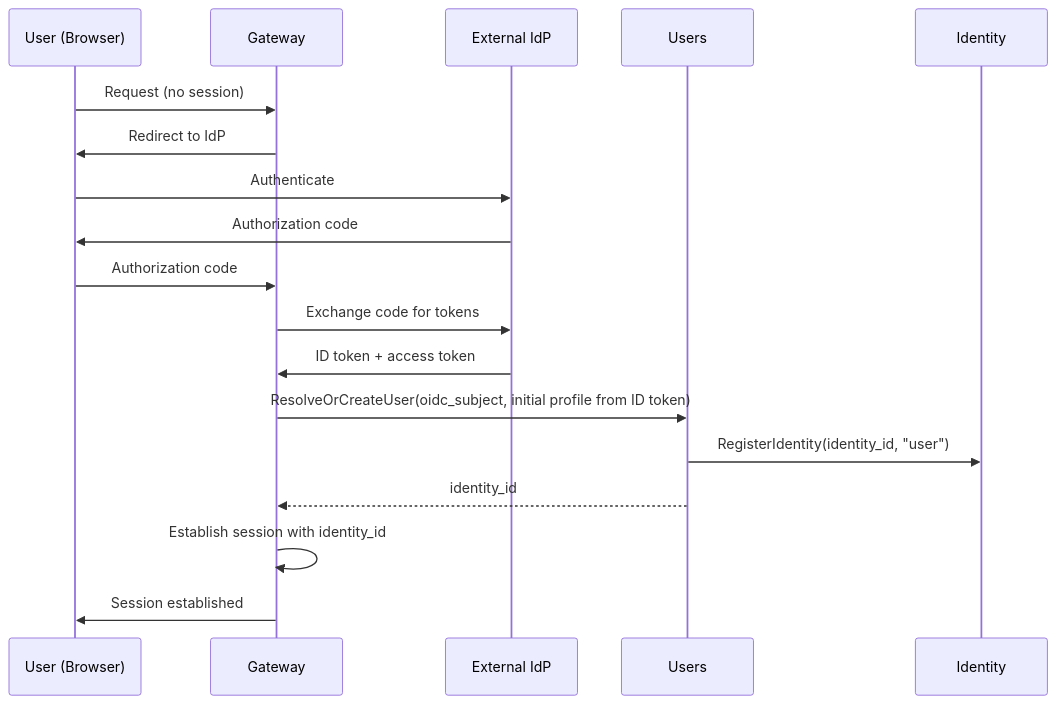
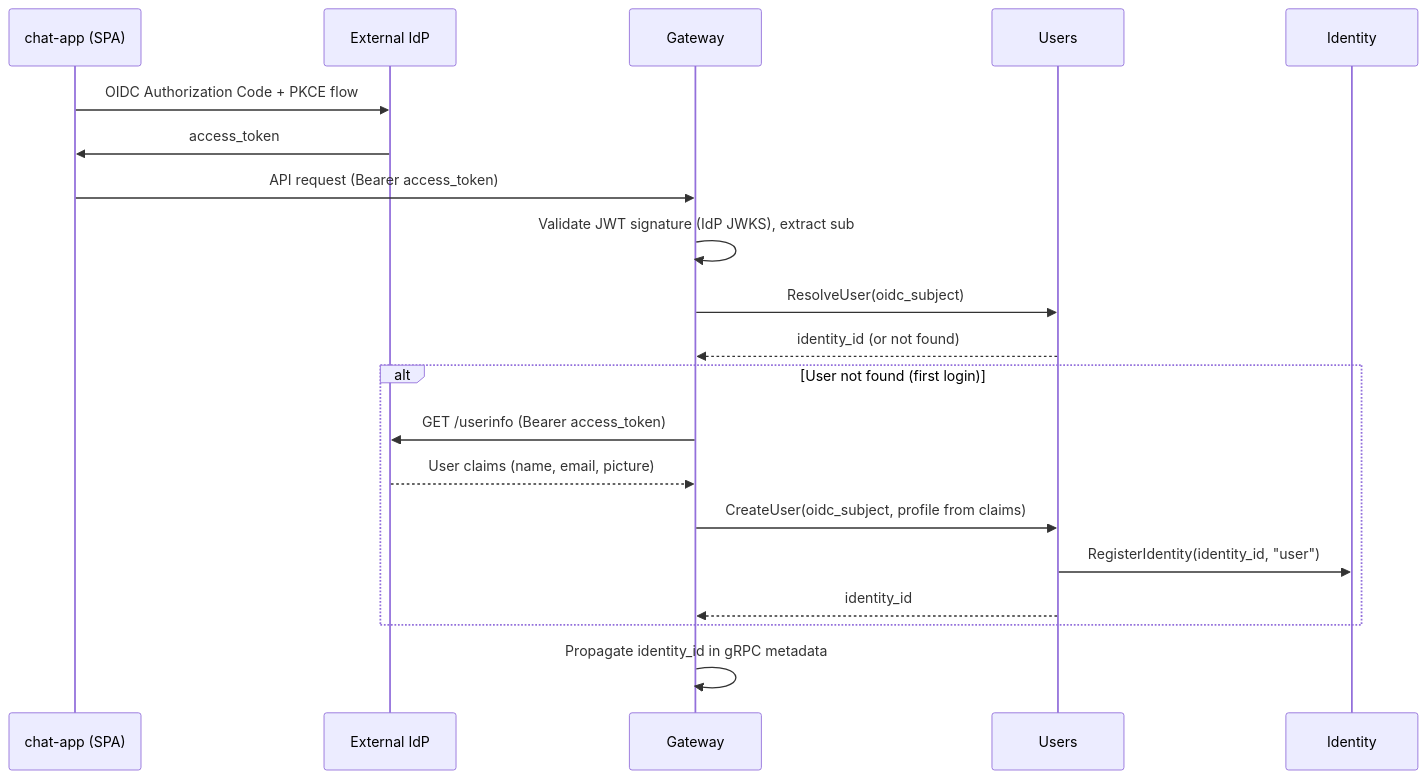
One commit to agynio/architecture changed the diagram in architecture/users.md. Above: the diagram before and after it, drawn with Mermaid. The commit also changed other lines of this file and 3 other files, not shown here.

First line of the commit message:
fix: correct OIDC auth flow — SPA PKCE, stateless Gateway, split ResolveUser/CreateUser

````diff
--- a/architecture/users.md
+++ b/architecture/users.md
@@ -34,21 +44,23 @@
 ```mermaid
 sequenceDiagram
-    participant U as User (Browser)
+    participant App as chat-app (SPA)
+    participant IdP as External IdP
     participant GW as Gateway
-    participant IdP as External IdP
     participant US as Users
     participant IS as Identity
 
-    U->>GW: Request (no session)
-    GW->>U: Redirect to IdP
-    U->>IdP: Authenticate
-    IdP->>U: Authorization code
-    U->>GW: Authorization code
-    GW->>IdP: Exchange code for tokens
-    IdP->>GW: ID token + access token
-    GW->>US: ResolveOrCreateUser(oidc_subject, initial profile from ID token)
-    US->>IS: RegisterIdentity(identity_id, "user")
-    US-->>GW: identity_id
-    GW->>GW: Establish session with identity_id
-    GW->>U: Session established
+    App->>IdP: OIDC Authorization Code + PKCE flow
+    IdP->>App: access_token
+    App->>GW: API request (Bearer access_token)
+    GW->>GW: Validate JWT signature (IdP JWKS), extract sub
+    GW->>US: ResolveUser(oidc_subject)
+    US-->>GW: identity_id (or not found)
+    alt User not found (first login)
+        GW->>IdP: GET /userinfo (Bearer access_token)
+        IdP-->>GW: User claims (name, email, picture)
+        GW->>US: CreateUser(oidc_subject, profile from claims)
+        US->>IS: RegisterIdentity(identity_id, "user")
+        US-->>GW: identity_id
+    end
+    GW->>GW: Propagate identity_id in gRPC metadata
 ```
````
